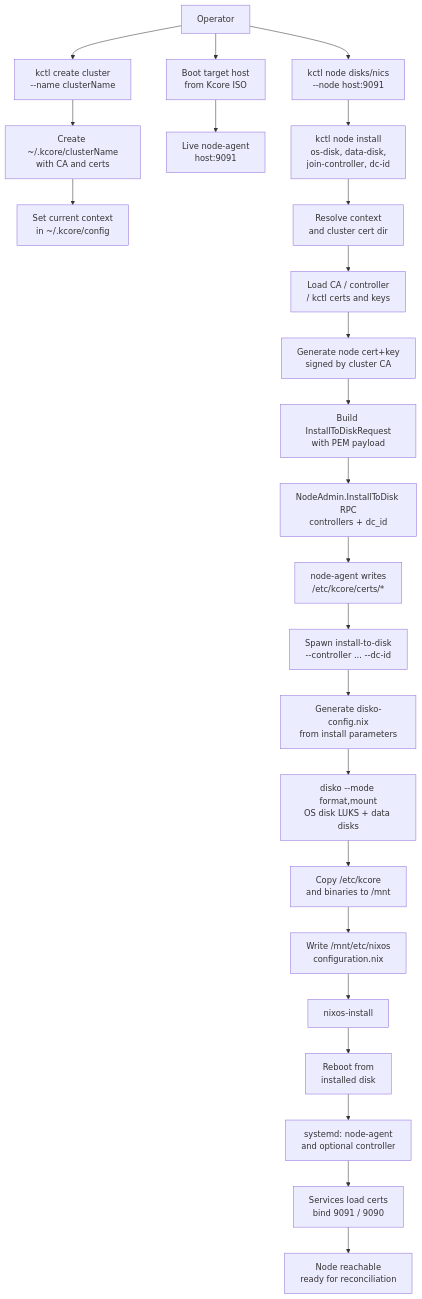
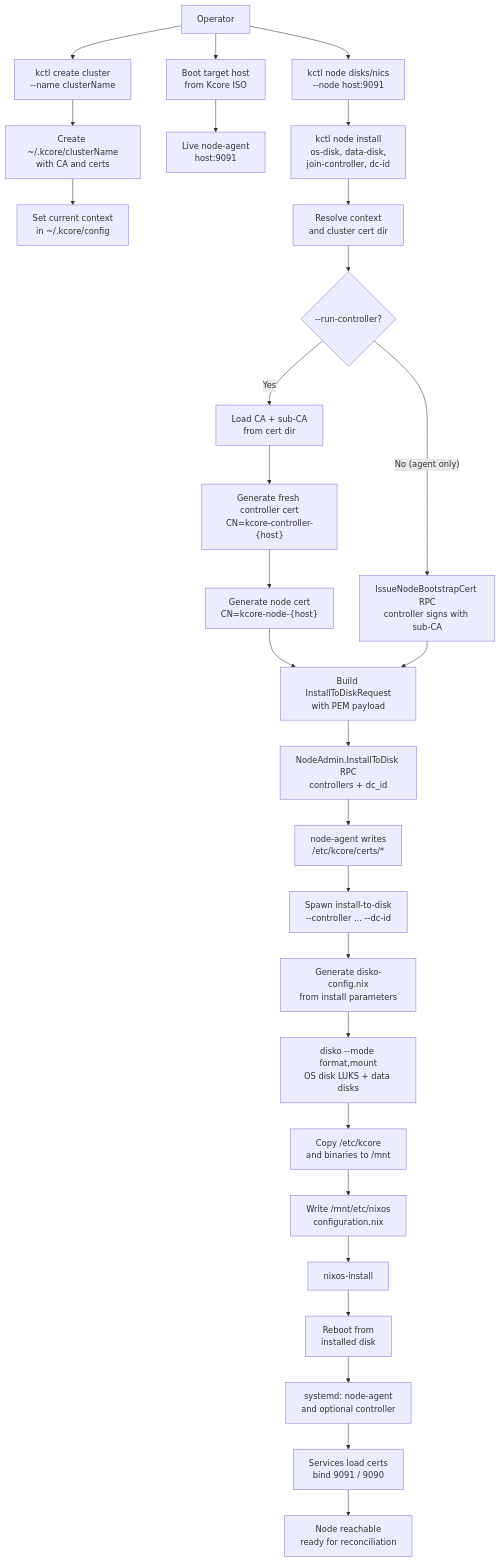
The first of 3 diagrams in docs/node-install-bootstrap-flow.md (kcorehypervisor/kcore), drawn with Mermaid before and after one commit. The commit also changed other lines of this file and 33 other files, not shown here.

````diff
--- a/docs/node-install-bootstrap-flow.md
+++ b/docs/node-install-bootstrap-flow.md
@@ -49,31 +47,38 @@
 ```mermaid
 flowchart TD
   user[Operator] --> createCluster["kctl create cluster<br/>--name clusterName"]
   createCluster --> clusterDir["Create ~/.kcore/clusterName<br/>with CA and certs"]
   clusterDir --> selectCtx["Set current context<br/>in ~/.kcore/config"]
 
   user --> bootIso["Boot target host<br/>from Kcore ISO"]
   bootIso --> nodeAgentLive["Live node-agent<br/>host:9091"]
 
   user --> discover["kctl node disks/nics<br/>--node host:9091"]
   discover --> installCmd["kctl node install<br/>os-disk, data-disk,<br/>join-controller, dc-id"]
 
   installCmd --> loadCtx["Resolve context<br/>and cluster cert dir"]
-  loadCtx --> loadClusterPki["Load CA / controller<br/>/ kctl certs and keys"]
-  loadClusterPki --> genNodeCert["Generate node cert+key<br/>signed by cluster CA"]
+  loadCtx --> installMode{"--run-controller?"}
+
+  installMode -->|Yes| loadClusterPki["Load CA + sub-CA<br/>from cert dir"]
+  loadClusterPki --> genCtrlCert["Generate fresh controller cert<br/>CN=kcore-controller-{host}"]
+  genCtrlCert --> genNodeCert["Generate node cert<br/>CN=kcore-node-{host}"]
   genNodeCert --> buildReq["Build InstallToDiskRequest<br/>with PEM payload"]
+
+  installMode -->|"No (agent only)"| bootstrapRpc["IssueNodeBootstrapCert RPC<br/>controller signs with sub-CA"]
+  bootstrapRpc --> buildReq
+
   buildReq --> sendRpc["NodeAdmin.InstallToDisk RPC<br/>controllers + dc_id"]
 
   sendRpc --> writeBootstrap["node-agent writes<br/>/etc/kcore/certs/*"]
   writeBootstrap --> runInstaller["Spawn install-to-disk<br/>--controller ... --dc-id"]
   runInstaller --> genDisko["Generate disko-config.nix<br/>from install parameters"]
   genDisko --> diskoRun["disko --mode format,mount<br/>OS disk LUKS + data disks"]
   diskoRun --> copyKcore["Copy /etc/kcore<br/>and binaries to /mnt"]
   copyKcore --> writeNixos["Write /mnt/etc/nixos<br/>configuration.nix"]
   writeNixos --> nixosInstall["nixos-install"]
   nixosInstall --> rebootHost["Reboot from<br/>installed disk"]
 
   rebootHost --> startServices["systemd: node-agent<br/>and optional controller"]
   startServices --> tlsReady["Services load certs<br/>bind 9091 / 9090"]
   tlsReady --> healthy["Node reachable<br/>ready for reconciliation"]
 ```
````
